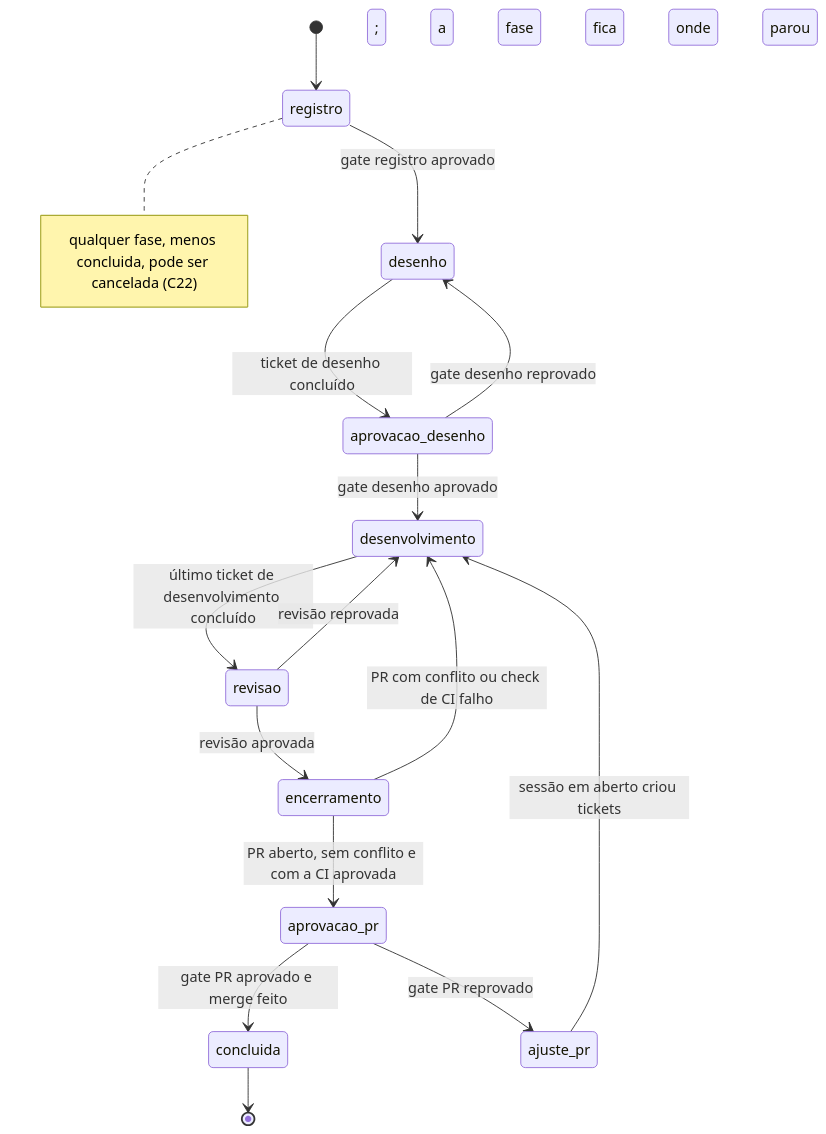
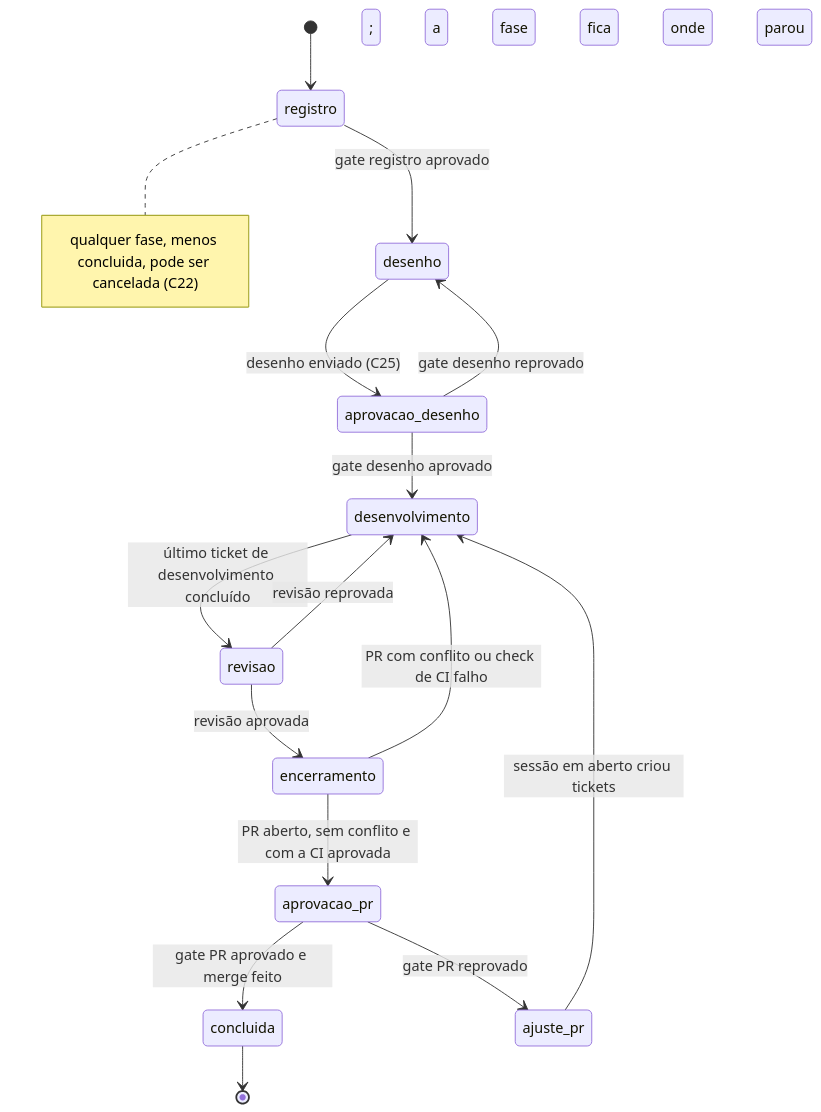
The first of 2 diagrams in fabriquinha/01-dominio.md (JimmyAreaFiscal/Fabriquinha), drawn with Mermaid before and after one commit. The commit also changed other lines of this file and 72 other files, not shown here.

````diff
--- a/fabriquinha/01-dominio.md
+++ b/fabriquinha/01-dominio.md
@@ -282,18 +285,18 @@
 ```mermaid
 stateDiagram-v2
     [*] --> registro
     registro --> desenho: gate registro aprovado
-    desenho --> aprovacao_desenho: ticket de desenho concluído
+    desenho --> aprovacao_desenho: desenho enviado (C25)
     aprovacao_desenho --> desenvolvimento: gate desenho aprovado
     aprovacao_desenho --> desenho: gate desenho reprovado
     desenvolvimento --> revisao: último ticket de desenvolvimento concluído
     revisao --> encerramento: revisão aprovada
     revisao --> desenvolvimento: revisão reprovada
     encerramento --> aprovacao_pr: PR aberto, sem conflito e com a CI aprovada
     encerramento --> desenvolvimento: PR com conflito ou check de CI falho
     aprovacao_pr --> concluida: gate PR aprovado e merge feito
     aprovacao_pr --> ajuste_pr: gate PR reprovado
     ajuste_pr --> desenvolvimento: sessão em aberto criou tickets
     concluida --> [*]
     note right of registro: qualquer fase, menos concluida, pode ser cancelada (C22); a fase fica onde parou
 ```
````
